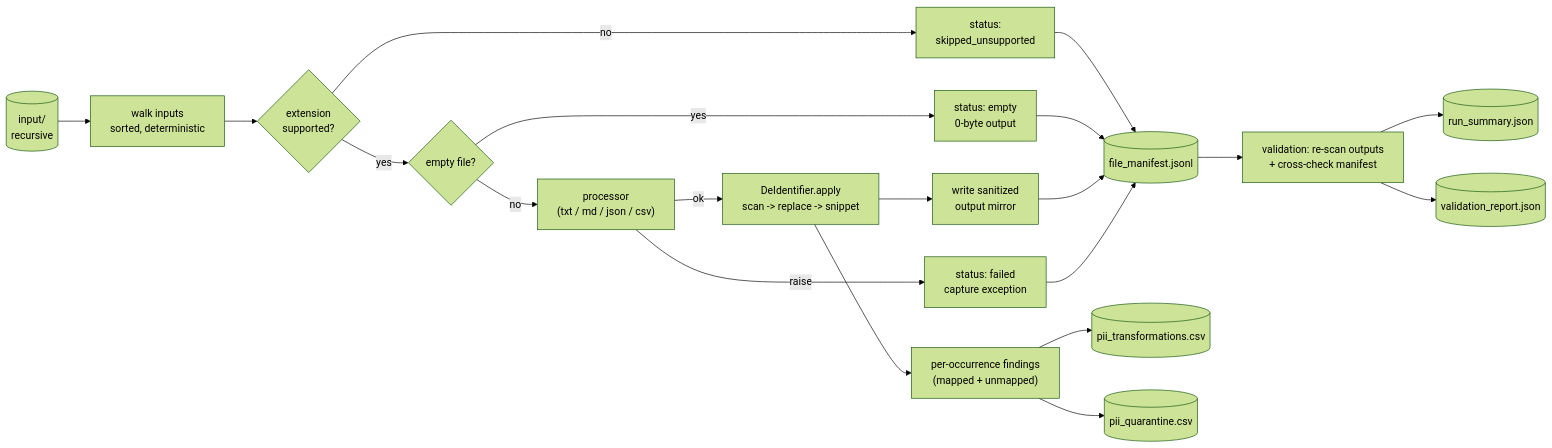
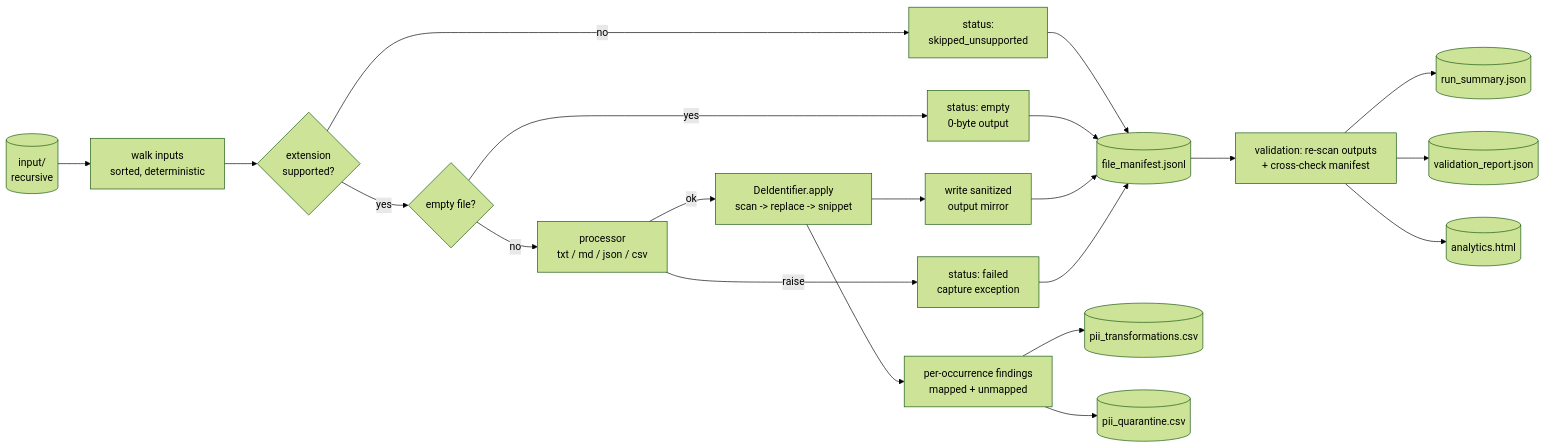
Before and after one commit to mereshd/data_engineer_assesment: the first of 2 diagrams in README.md, drawn with Mermaid (forest theme). The commit also changed other lines of this file and 11 other files, not shown here.

````diff
--- a/README.md
+++ b/README.md
@@ -70,22 +100,23 @@
 ```mermaid
 flowchart LR
     inputDir[("input/<br/>recursive")] --> walker[walk inputs<br/>sorted, deterministic]
     walker --> classify{extension<br/>supported?}
     classify -- no --> skipUnsupported["status:<br/>skipped_unsupported"]
     classify -- yes --> sizeCheck{empty file?}
     sizeCheck -- yes --> emptyOut["status: empty<br/>0-byte output"]
-    sizeCheck -- no --> processor["processor<br/>(txt / md / json / csv)"]
+    sizeCheck -- no --> processor["processor<br/>txt / md / json / csv"]
     processor -- ok --> deid["DeIdentifier.apply<br/>scan -> replace -> snippet"]
     processor -- raise --> failed["status: failed<br/>capture exception"]
     deid --> writeOut["write sanitized<br/>output mirror"]
-    deid --> findings["per-occurrence findings<br/>(mapped + unmapped)"]
+    deid --> findings["per-occurrence findings<br/>mapped + unmapped"]
     skipUnsupported --> manifest[(file_manifest.jsonl)]
     emptyOut --> manifest
     writeOut --> manifest
     failed --> manifest
     findings --> mappedCSV[(pii_transformations.csv)]
     findings --> unmappedCSV[(pii_quarantine.csv)]
     manifest --> validator[validation: re-scan outputs<br/>+ cross-check manifest]
     validator --> summary[(run_summary.json)]
     validator --> validation[(validation_report.json)]
+    validator --> dashboard[(analytics.html)]
 ```
````
